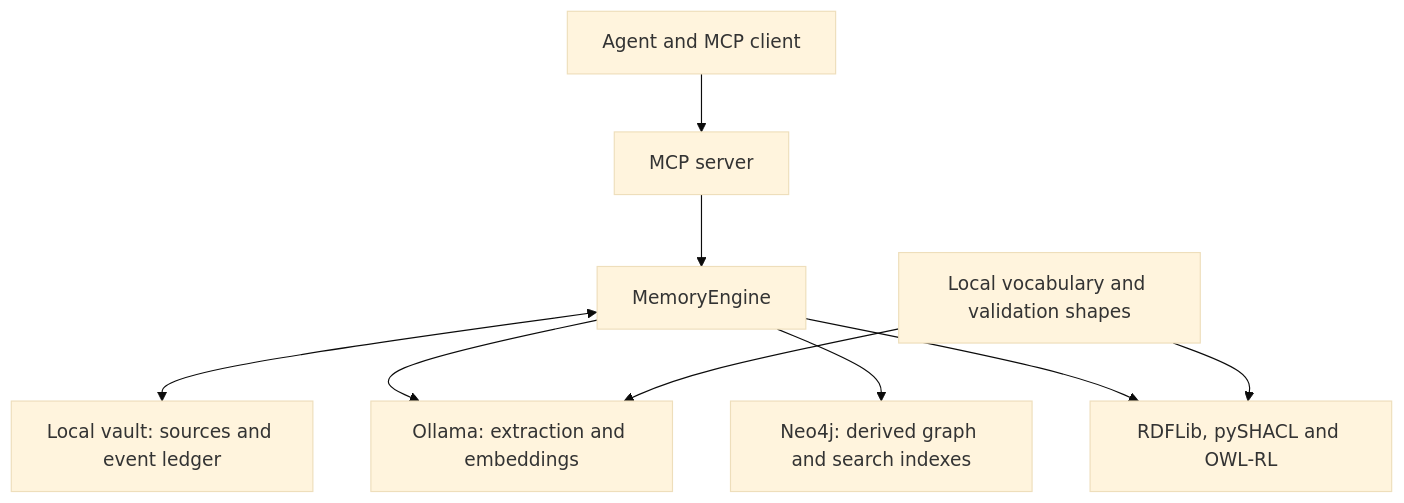
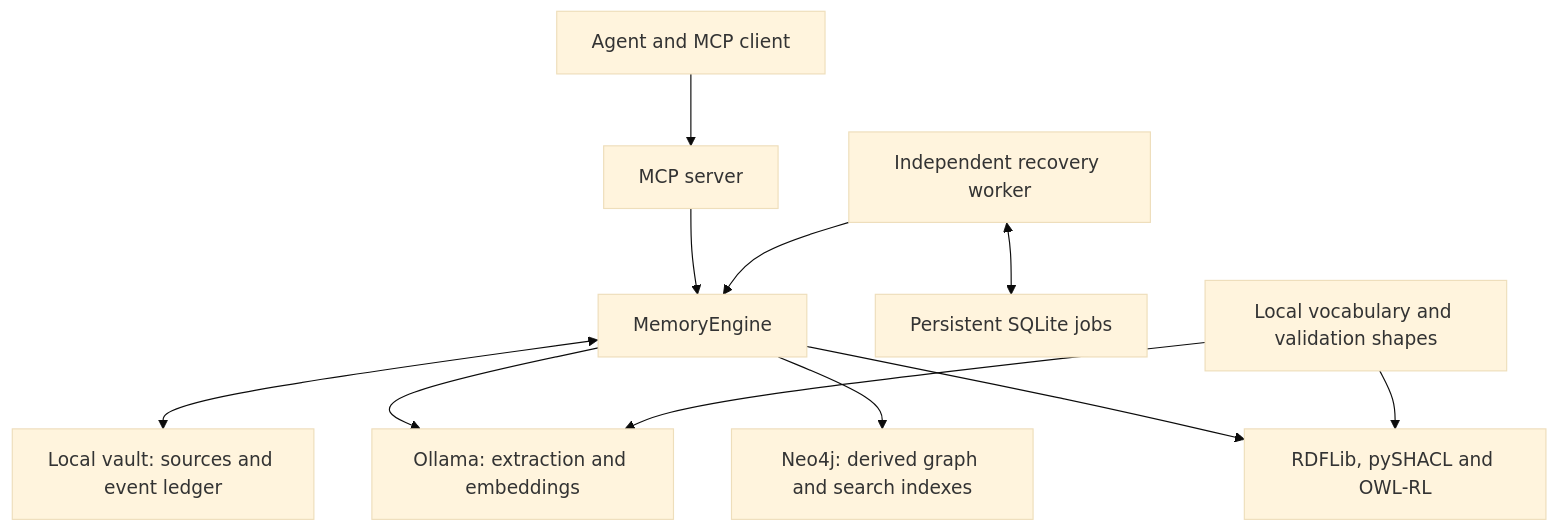
Before and after one commit to emanueledibella/sbrain: the diagram in docs/architecture.md, drawn with Mermaid (base theme). The commit also changed other lines of this file and 18 other files, not shown here.

Commit message:
Add persistent SQLite recovery worker with retries and review states

````diff
--- a/docs/architecture.md
+++ b/docs/architecture.md
@@ -30,11 +32,13 @@
 ```mermaid
 flowchart TD
     A["Agent and MCP client"] --> B["MCP server"]
     B --> C["MemoryEngine"]
     C <--> D["Local vault: sources and event ledger"]
     C --> E["Ollama: extraction and embeddings"]
     C --> F["Neo4j: derived graph and search indexes"]
     C --> G["RDFLib, pySHACL and OWL-RL"]
+    W["Independent recovery worker"] --> C
+    W <--> Q["Persistent SQLite jobs"]
     H["Local vocabulary and validation shapes"] --> G
     H --> E
 ```
````
